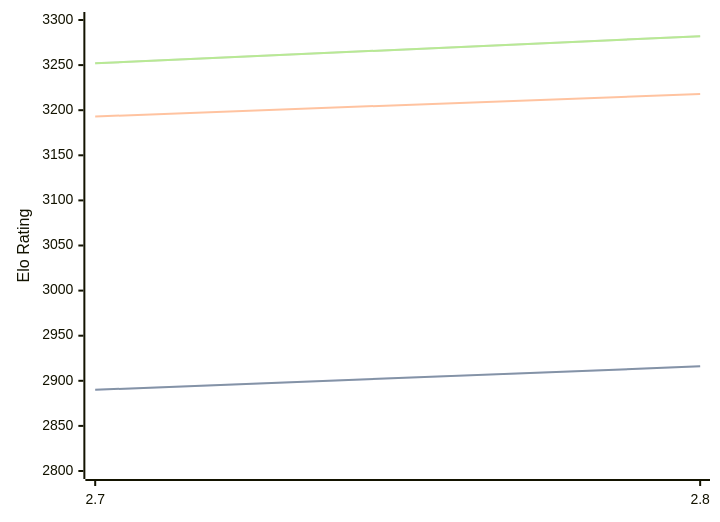
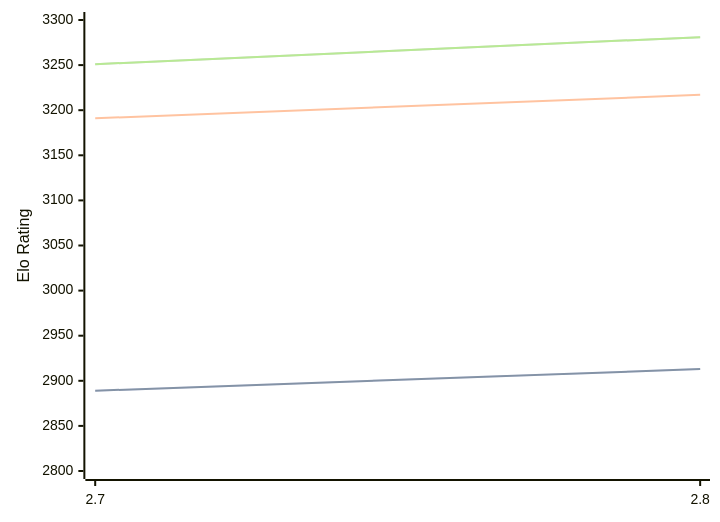
The third of 3 diagrams in engines/Arcanum.md (computer-chess-index/cci), drawn with Mermaid before and after one commit. The commit also changed other lines of this file, not shown here.

Commit message:
Update CCI Ratings (ELO VLTC) - 2026-07-15

````diff
--- a/engines/Arcanum.md
+++ b/engines/Arcanum.md
@@ -77,11 +77,11 @@
 ```mermaid
 %%{init: {"theme":"base","themeVariables":{"seriesColors:['#a3a3a3','#222221','#faa371']}}}%%
 xychart-beta
   x-axis ["2.7", "2.8"]
   y-axis "Elo Rating" 2800 --> 3300
-  line "STC (8.0+0.08s)" [2890, 2916]
-  line "STC (8.0+0.08s)" [2890, 2916]
-  line "LTC (60.0+0.60s)" [3193, 3218]
-  line "VLTC (2m24s+1.12s)" [3252, 3282]
-  line "VLTC (2m24s+1.12s)" [3252, 3282]
+  line "STC (8.0+0.08s)" [2889, 2913]
+  line "STC (8.0+0.08s)" [2889, 2913]
+  line "LTC (60.0+0.60s)" [3191, 3217]
+  line "VLTC (2m24s+1.12s)" [3251, 3281]
+  line "VLTC (2m24s+1.12s)" [3251, 3281]
 ```
````
